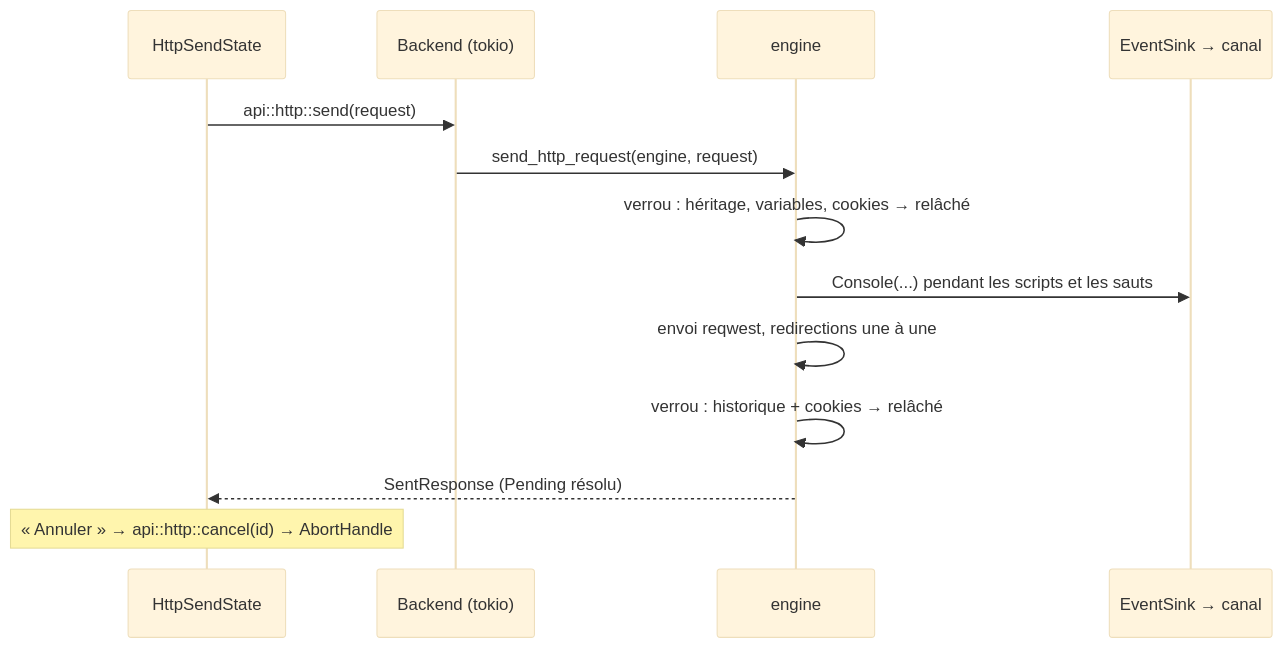
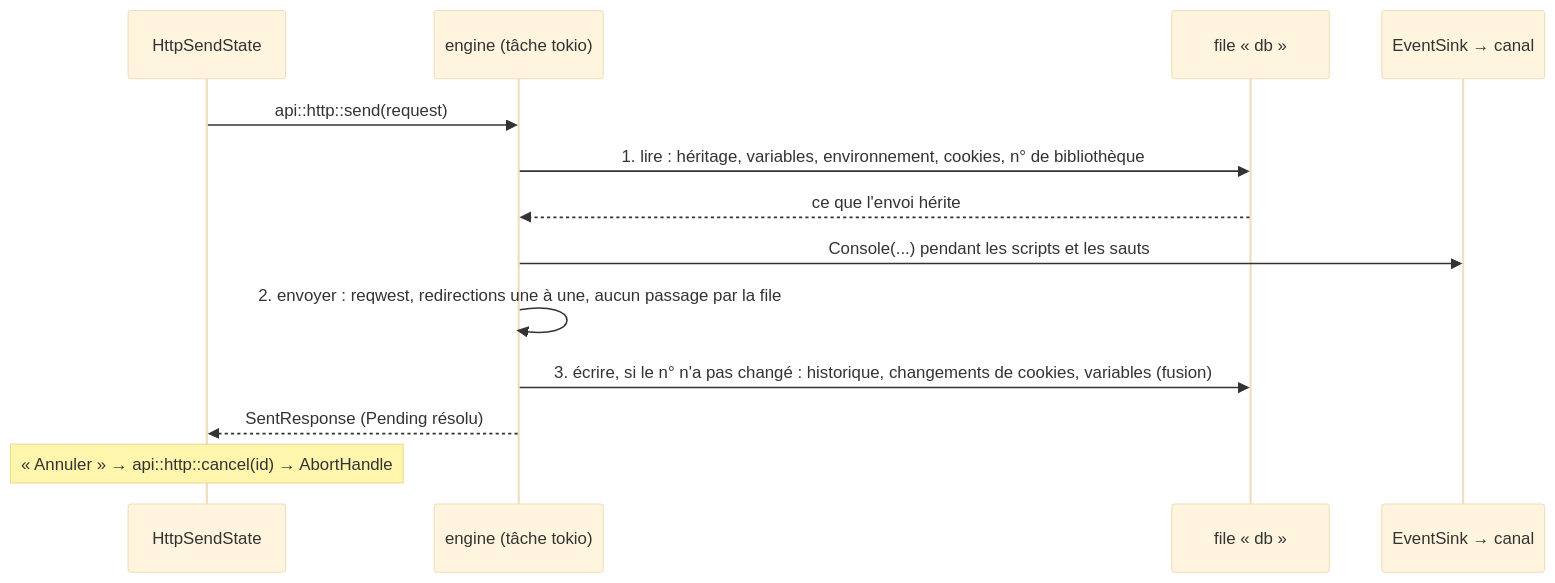
One commit to vmillet-dev/devnotes-rs changed the fifth of 7 diagrams in docs/egui-migration-plan.md. Above: the diagram before and after it, drawn with Mermaid (base theme). The commit also changed other lines of this file and 1 other file, not shown here.

First line of the commit message:
Architecture: one ordered database queue, HTTP in three steps

````diff
--- a/docs/egui-migration-plan.md
+++ b/docs/egui-migration-plan.md
@@ -649,15 +716,15 @@
 ```mermaid
 sequenceDiagram
   participant T as HttpSendState
-  participant B as Backend (tokio)
-  participant C as engine
+  participant N as engine (tâche tokio)
+  participant Q as file « db »
   participant K as EventSink → canal
-  T->>B: api::http::send(request)
-  B->>C: send_http_request(engine, request)
-  C->>C: verrou : héritage, variables, cookies → relâché
-  C->>K: Console(...) pendant les scripts et les sauts
-  C->>C: envoi reqwest, redirections une à une
-  C->>C: verrou : historique + cookies → relâché
-  C-->>T: SentResponse (Pending résolu)
+  T->>N: api::http::send(request)
+  N->>Q: 1. lire : héritage, variables, environnement, cookies, n° de bibliothèque
+  Q-->>N: ce que l'envoi hérite
+  N->>K: Console(...) pendant les scripts et les sauts
+  N->>N: 2. envoyer : reqwest, redirections une à une, aucun passage par la file
+  N->>Q: 3. écrire, si le n° n'a pas changé : historique, changements de cookies, variables (fusion)
+  N-->>T: SentResponse (Pending résolu)
   Note over T: « Annuler » → api::http::cancel(id) → AbortHandle
 ```
````
